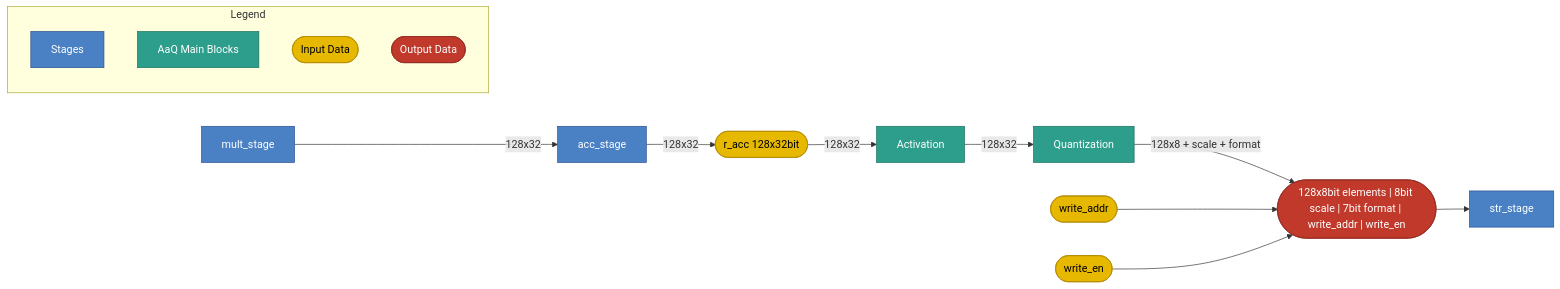
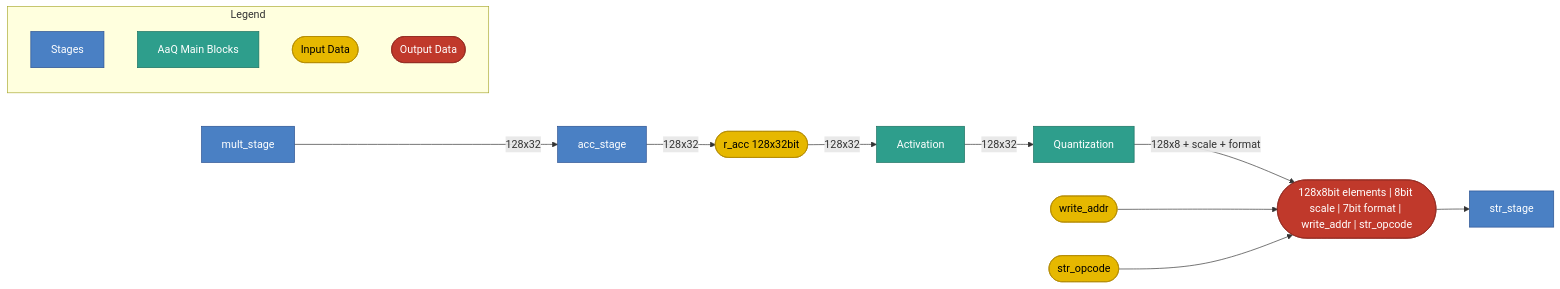
Before and after one commit to rechefe/ipu-emulator: the diagram in docs/content/specs/stage-aaq-str.md, drawn with Mermaid. The commit also changed other lines of this file, not shown here.

````diff
--- a/docs/content/specs/stage-aaq-str.md
+++ b/docs/content/specs/stage-aaq-str.md
@@ -19,33 +19,33 @@
 ```mermaid
 flowchart LR
     mult_stage:::blue
     acc_stage:::blue
     str_stage:::blue
     ACC(["r_acc 128x32bit"]):::yellow
     WADDR(["write_addr"]):::yellow
-    WEN(["write_en"]):::yellow
-    OUT(["128x8bit elements | 8bit scale | 7bit format | write_addr | write_en"]):::red
+    STROP(["str_opcode"]):::yellow
+    OUT(["128x8bit elements | 8bit scale | 7bit format | write_addr | str_opcode"]):::red
     ACT["Activation"]:::teal
     QUANT["Quantization"]:::teal
 
     ACC -->|128x32| ACT
     ACT -->|128x32| QUANT
     QUANT -->|128x8 + scale + format| OUT
     WADDR --> OUT
-    WEN --> OUT
+    STROP --> OUT
     OUT --> str_stage
     mult_stage --> |128x32| acc_stage
     acc_stage --> |128x32| ACC
 
     subgraph LEGEND["Legend"]
         L_blue["Stages"]:::blue
         L_teal["AaQ Main Blocks"]:::teal
         L_yellow(["Input Data"]):::yellow
         L_red(["Output Data"]):::red
     end
 
     classDef blue fill:#4a80c4,stroke:#2a5090,color:#fff
     classDef teal fill:#2e9e8c,stroke:#1a7060,color:#fff
     classDef yellow fill:#e6b800,stroke:#b38a00,color:#000
     classDef red fill:#c0392b,stroke:#922b21,color:#fff
 ```
````
